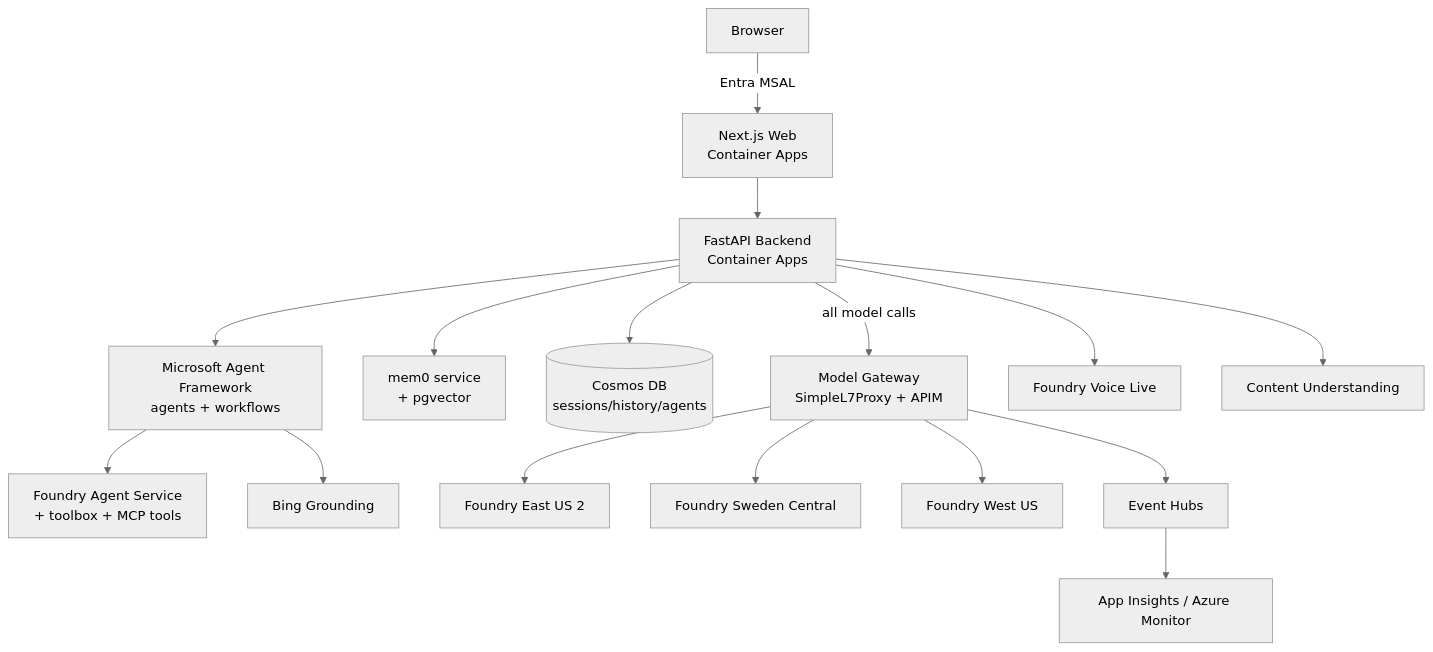
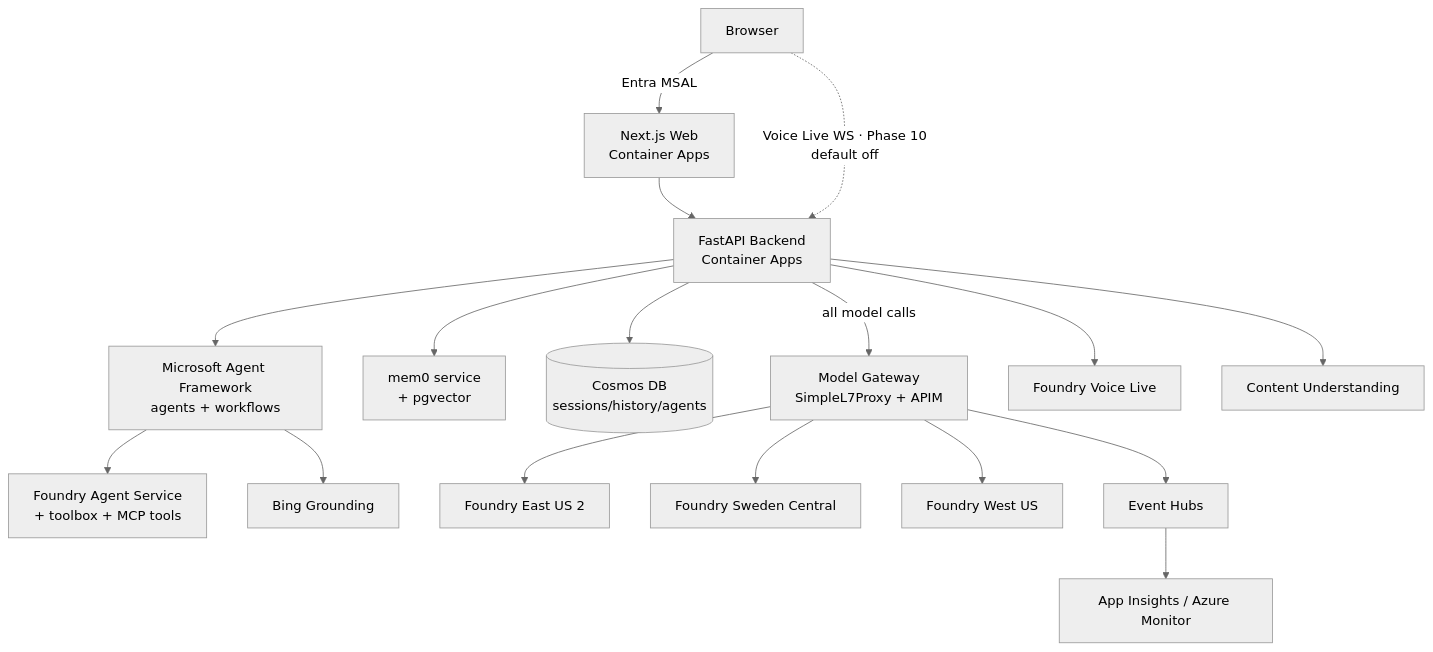
Before and after one commit to ian-t-adams/AI4IA: the diagram in docs/architecture.md, drawn with Mermaid (neutral theme). The commit also changed other lines of this file and 18 other files, not shown here.

````diff
--- a/docs/architecture.md
+++ b/docs/architecture.md
@@ -8,17 +8,18 @@
 ```mermaid
 flowchart TB
   User[Browser] -->|Entra MSAL| Web[Next.js Web<br/>Container Apps]
   Web --> API[FastAPI Backend<br/>Container Apps]
   API --> MAF[Microsoft Agent Framework<br/>agents + workflows]
   API --> Mem[mem0 service<br/>+ pgvector]
   API --> Cosmos[(Cosmos DB<br/>sessions/history/agents)]
   MAF --> Foundry[Foundry Agent Service<br/>+ toolbox + MCP tools]
   API -->|all model calls| GW[Model Gateway<br/>SimpleL7Proxy + APIM]
   GW --> F1[Foundry East US 2]
   GW --> F2[Foundry Sweden Central]
   GW --> F3[Foundry West US]
   GW --> EH[Event Hubs] --> Obs[App Insights / Azure Monitor]
   MAF --> Bing[Bing Grounding]
   API --> Voice[Foundry Voice Live]
   API --> CU[Content Understanding]
+  User -.->|Voice Live WS · Phase 10<br/>default off| API
 ```
````
